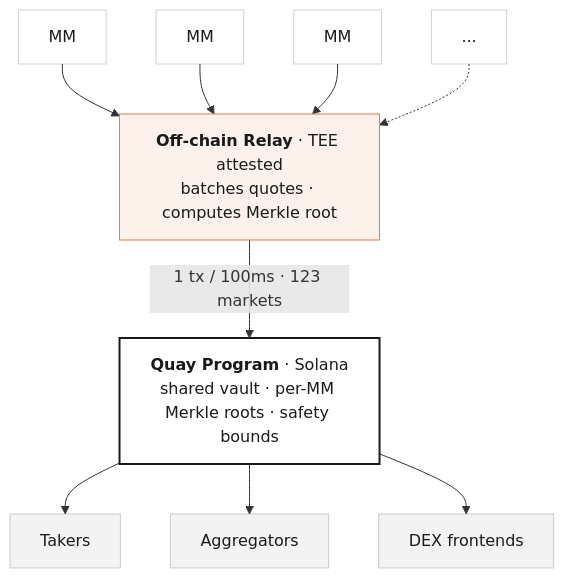
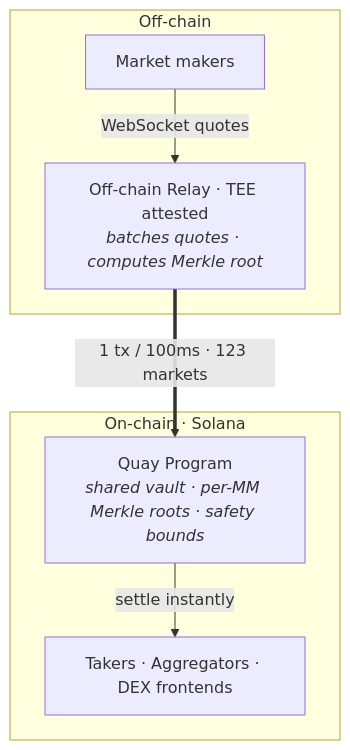
The diagram in profile/README.md (Quay-Markets/.github), drawn with Mermaid before and after one commit.

Commit message:
Move architecture to bottom, simplify diagram

````diff
--- a/profile/README.md
+++ b/profile/README.md
@@ -13,31 +36,16 @@
 ```mermaid
 flowchart TD
-    MM1[MM]
-    MM2[MM]
-    MM3[MM]
-    MM4[...]
-    Relay["<b>Off-chain Relay</b> · TEE attested<br/>batches quotes · computes Merkle root"]
-    Program["<b>Quay Program</b> · Solana<br/>shared vault · per-MM Merkle roots · safety bounds"]
-    Takers[Takers]
-    Aggs[Aggregators]
-    DEX[DEX frontends]
+    subgraph off [" Off-chain "]
+        MM["Market makers"]
+        Relay["Off-chain Relay · TEE attested<br/><i>batches quotes · computes Merkle root</i>"]
+        MM -->|"WebSocket quotes"| Relay
+    end
 
-    MM1 --> Relay
-    MM2 --> Relay
-    MM3 --> Relay
-    MM4 -.-> Relay
-    Relay -- "1 tx / 100ms · 123 markets" --> Program
-    Program --> Takers
-    Program --> Aggs
-    Program --> DEX
+    subgraph on [" On-chain · Solana "]
+        Program["Quay Program<br/><i>shared vault · per-MM Merkle roots · safety bounds</i>"]
+        Consumers["Takers · Aggregators · DEX frontends"]
+        Program -->|"settle instantly"| Consumers
+    end
 
-    classDef pill fill:#ffffff,stroke:#1a1a1a33,color:#1a1a1a
-    classDef accent fill:#E8764A1A,stroke:#E8764A,color:#1a1a1a
-    classDef program fill:#ffffff,stroke:#1a1a1a,stroke-width:2px,color:#1a1a1a
-    classDef leaf fill:#1a1a1a0D,stroke:#1a1a1a33,color:#1a1a1a
-
-    class MM1,MM2,MM3,MM4 pill
-    class Relay accent
-    class Program program
-    class Takers,Aggs,DEX leaf
+    Relay ==>|"1 tx / 100ms · 123 markets"| Program
 ```
````
